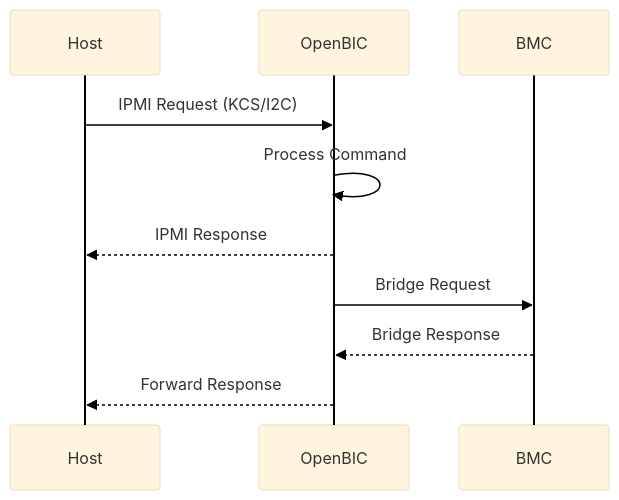
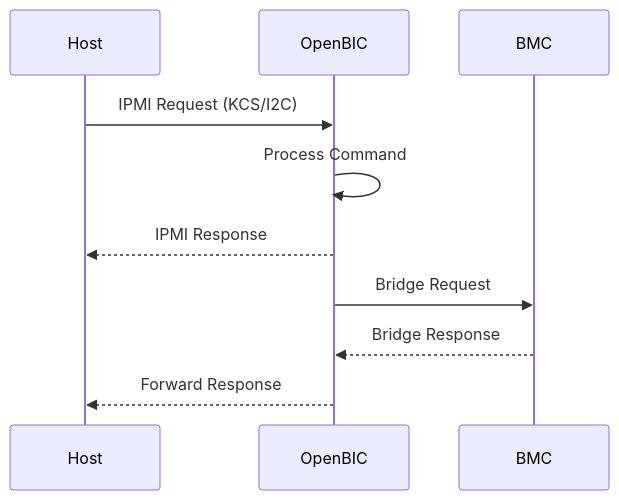
The first of 2 diagrams in part7/03-openbic-protocols.md (MichaelTien8901/zephyr-guide-tutorial), drawn with Mermaid before and after one commit.

Commit message:
Test mermaid default theme for sequence diagram

````diff
--- a/part7/03-openbic-protocols.md
+++ b/part7/03-openbic-protocols.md
@@ -14,15 +14,15 @@
 ```mermaid
-%%{init: {'theme': 'base', 'themeVariables': {'actorLineColor': '#000000', 'signalColor': '#000000'}}}%%
+%%{init: {'theme': 'default'}}%%
 sequenceDiagram
     participant Host
     participant BIC as OpenBIC
     participant BMC
 
     Host->>BIC: IPMI Request (KCS/I2C)
     BIC->>BIC: Process Command
     BIC-->>Host: IPMI Response
 
     BIC->>BMC: Bridge Request
     BMC-->>BIC: Bridge Response
     BIC-->>Host: Forward Response
 ```
````
